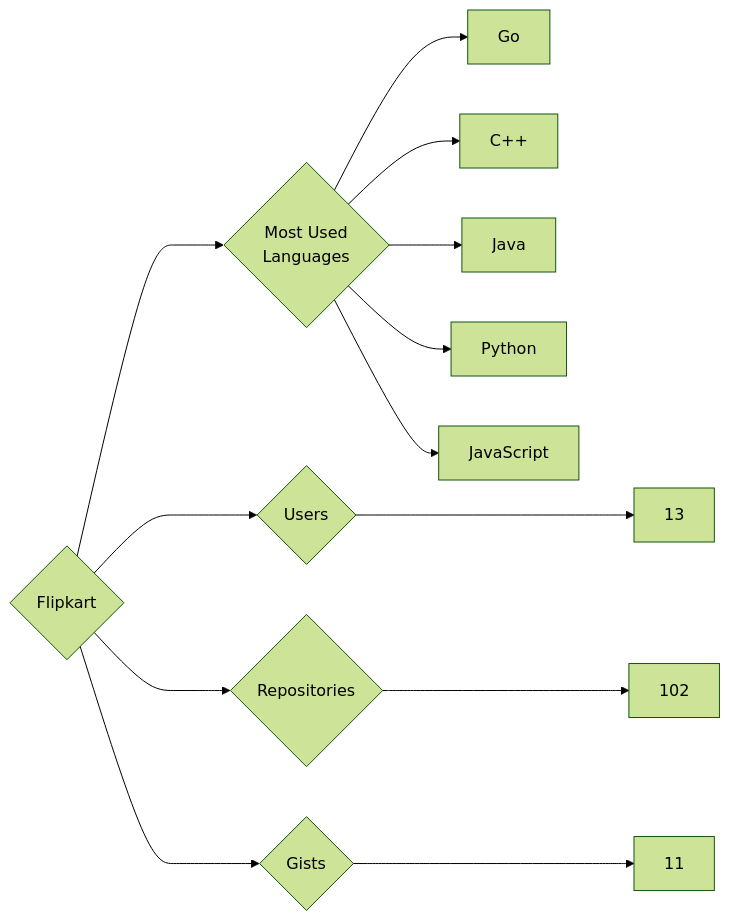
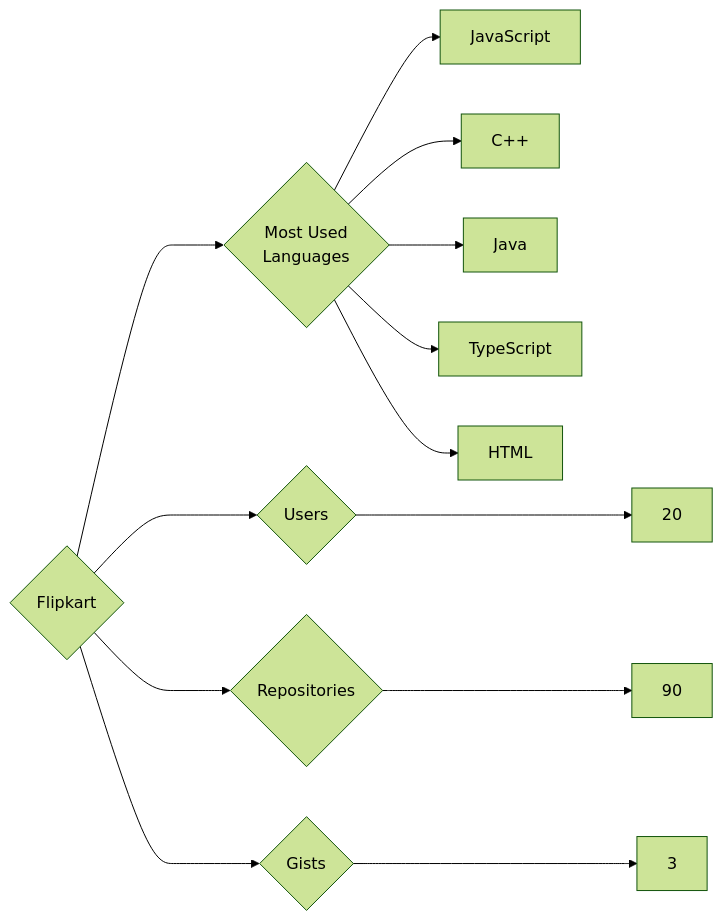
One commit to trickest/insiders changed the diagram in targets/Flipkart/README.md. Above: the diagram before and after it, drawn with Mermaid (forest theme). The commit also changed 823 other files, not shown here.

````diff
--- a/targets/Flipkart/README.md
+++ b/targets/Flipkart/README.md
@@ -3,13 +3,13 @@
 ```mermaid
 graph LR
 COMPANY_NAME{Flipkart}
-COMPANY_NAME ---> U{Users} ---> UN[13]
-COMPANY_NAME ---> R{Repositories} ---> RN[102]
-COMPANY_NAME ---> G{Gists} ---> GN[11]
+COMPANY_NAME ---> U{Users} ---> UN[20]
+COMPANY_NAME ---> R{Repositories} ---> RN[90]
+COMPANY_NAME ---> G{Gists} ---> GN[3]
 COMPANY_NAME ---> ML{Most Used<br>Languages}
-ML --> Go[Go]
+ML --> JavaScript[JavaScript]
 ML --> C++[C++]
 ML --> Java[Java]
-ML --> Python[Python]
-ML --> JavaScript[JavaScript]
+ML --> TypeScript[TypeScript]
+ML --> HTML[HTML]
 ```
````
